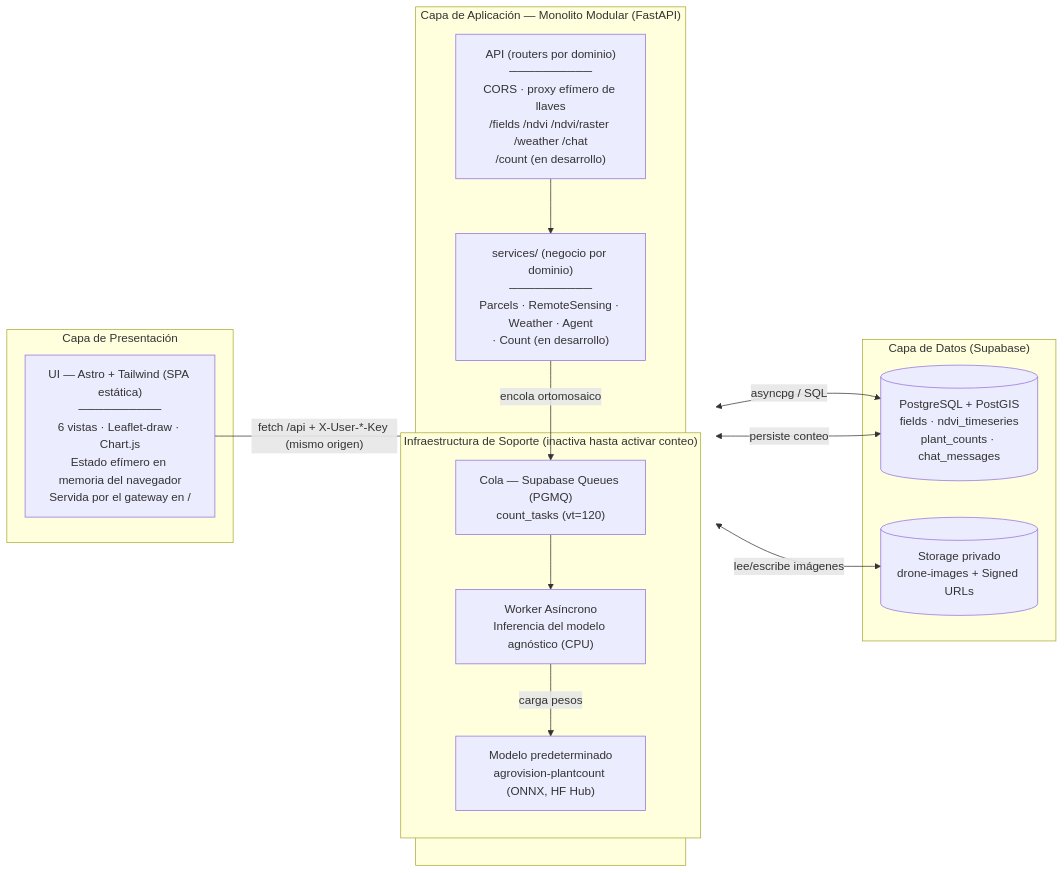
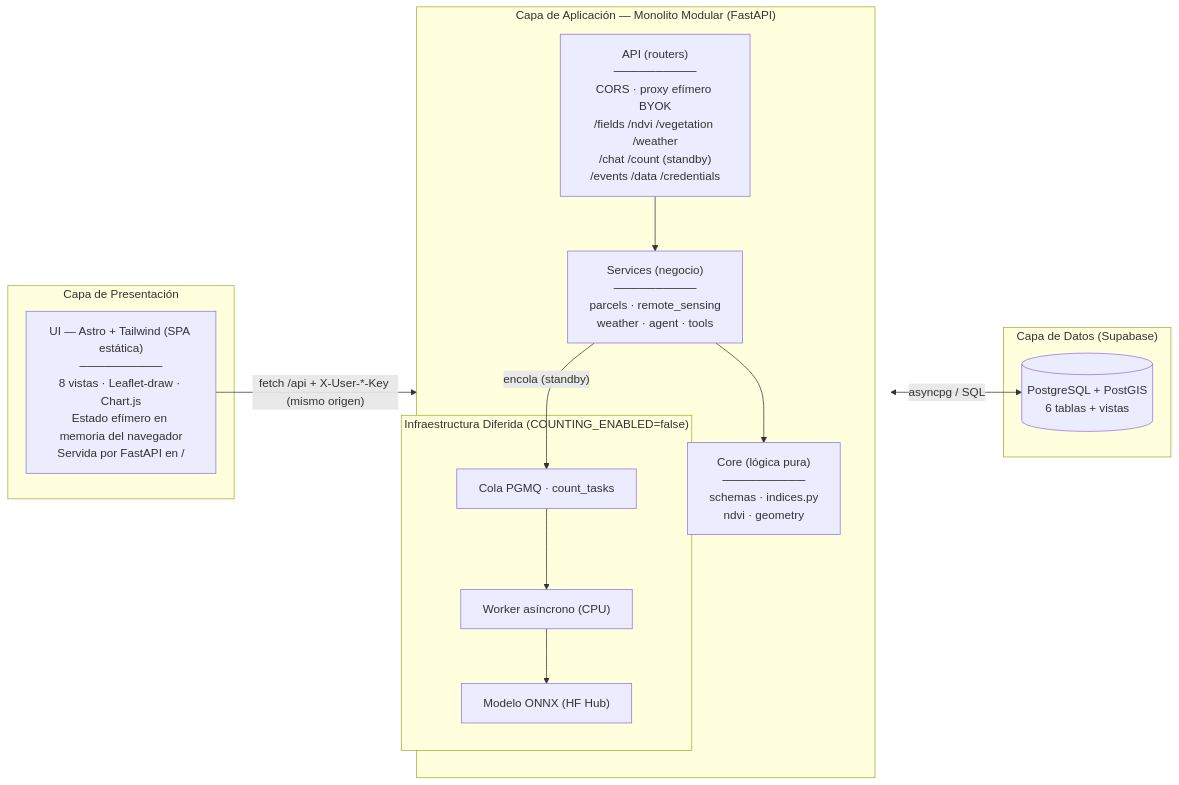
The second of 12 diagrams in docs/architect/architecture_agrovision.md (AlexPrietoRomani/AgroVision), drawn with Mermaid before and after one commit. The commit also changed other lines of this file, not shown here.

First line of the commit message:
docs(architecture): actualiza doc con eventos, reprocess y migración NDVI

````diff
--- a/docs/architect/architecture_agrovision.md
+++ b/docs/architect/architecture_agrovision.md
@@ -59,31 +59,29 @@
 ```mermaid
 flowchart LR
     subgraph Cliente["Capa de Presentación"]
-        UI["UI — Astro + Tailwind (SPA estática)<br/>──────────<br/>6 vistas · Leaflet-draw · Chart.js<br/>Estado efímero en memoria del navegador<br/>Servida por el gateway en /"]
+        UI["UI — Astro + Tailwind (SPA estática)<br/>──────────<br/>8 vistas · Leaflet-draw · Chart.js<br/>Estado efímero en memoria del navegador<br/>Servida por FastAPI en /"]
     end
 
     subgraph Backend["Capa de Aplicación — Monolito Modular (FastAPI)"]
         direction TB
-        API["API (routers por dominio)<br/>──────────<br/>CORS · proxy efímero de llaves<br/>/fields /ndvi /ndvi/raster /weather /chat<br/>/count (en desarrollo)"]
-        LOGIC["services/ (negocio por dominio)<br/>──────────<br/>Parcels · RemoteSensing · Weather · Agent<br/>· Count (en desarrollo)"]
-        subgraph Infra["Infraestructura de Soporte (inactiva hasta activar conteo)"]
-            QUEUE["Cola — Supabase Queues (PGMQ)<br/>count_tasks (vt=120)"]
-            WORKER["Worker Asíncrono<br/>Inferencia del modelo agnóstico (CPU)"]
-            MODEL["Modelo predeterminado<br/>agrovision-plantcount (ONNX, HF Hub)"]
+        API["API (routers)<br/>──────────<br/>CORS · proxy efímero BYOK<br/>/fields /ndvi /vegetation /weather<br/>/chat /count (standby)<br/>/events /data /credentials"]
+        LOGIC["Services (negocio)<br/>──────────<br/>parcels · remote_sensing<br/>weather · agent · tools"]
+        CORE["Core (lógica pura)<br/>──────────<br/>schemas · indices.py<br/>ndvi · geometry"]
+        subgraph Standby["Infraestructura Diferida (COUNTING_ENABLED=false)"]
+            QUEUE["Cola PGMQ · count_tasks"]
+            WORKER["Worker asíncrono (CPU)"]
+            MODEL["Modelo ONNX (HF Hub)"]
         end
     end
 
     subgraph Datos["Capa de Datos (Supabase)"]
-        DB[("PostgreSQL + PostGIS<br/>fields · ndvi_timeseries<br/>plant_counts · chat_messages")]
-        ST[("Storage privado<br/>drone-images + Signed URLs")]
+        DB[("PostgreSQL + PostGIS<br/>6 tablas + vistas")]
     end
 
     UI -->|"fetch /api + X-User-*-Key (mismo origen)"| API
     API --> LOGIC
-    LOGIC -->|"encola ortomosaico"| QUEUE
-    QUEUE --> WORKER
-    WORKER -->|"carga pesos"| MODEL
+    LOGIC --> CORE
+    LOGIC -->|"encola (standby)"| QUEUE
+    QUEUE --> WORKER --> MODEL
     LOGIC <-->|"asyncpg / SQL"| DB
-    WORKER <-->|"persiste conteo"| DB
-    WORKER <-->|"lee/escribe imágenes"| ST
 ```
````
